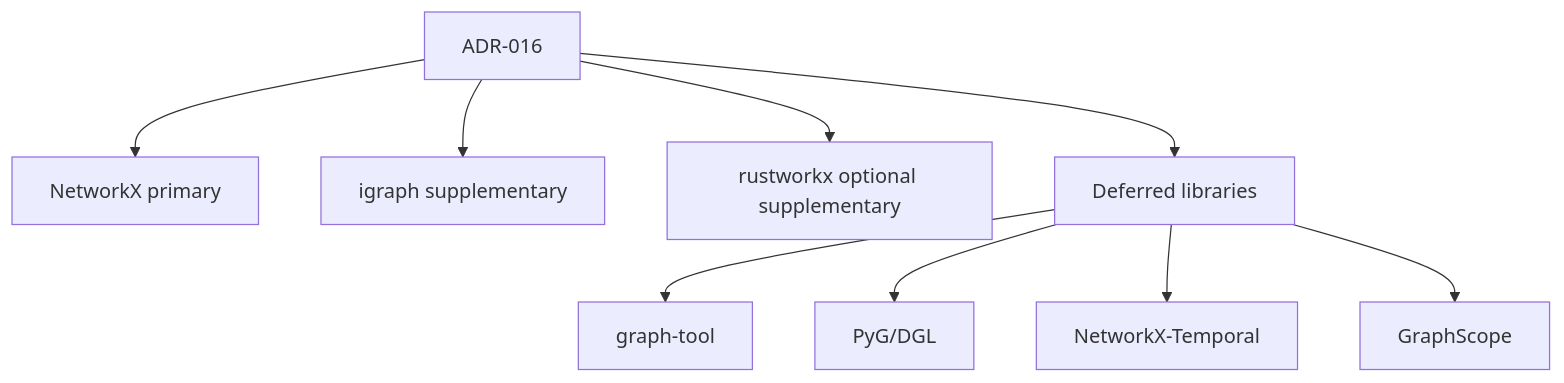
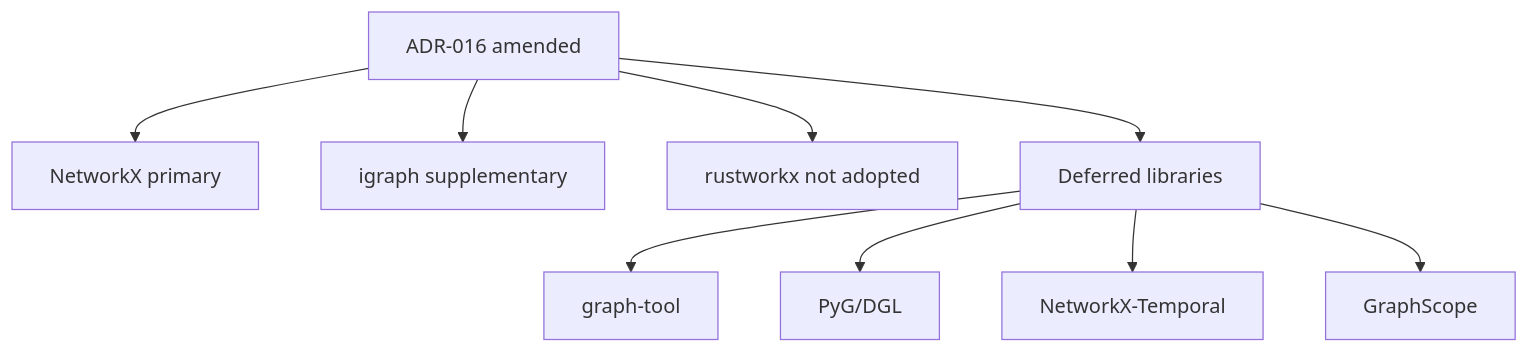
One commit to rager306/daily-archive changed the third of 6 diagrams in doc/adr/ADR-016-graph-library-selection.md. Above: the diagram before and after it, drawn with Mermaid. The commit also changed other lines of this file and 8 other files, not shown here.

````diff
--- a/doc/adr/ADR-016-graph-library-selection.md
+++ b/doc/adr/ADR-016-graph-library-selection.md
@@ -93,11 +115,11 @@
 ```mermaid
 flowchart TB
-    ADR[ADR-016] --> A[NetworkX primary]
+    ADR[ADR-016 amended] --> A[NetworkX primary]
     ADR --> B[igraph supplementary]
-    ADR --> C[rustworkx optional supplementary]
+    ADR --> C[rustworkx not adopted]
     ADR --> D[Deferred libraries]
     D --> E[graph-tool]
     D --> F[PyG/DGL]
     D --> G[NetworkX-Temporal]
     D --> H[GraphScope]
 ```
````
